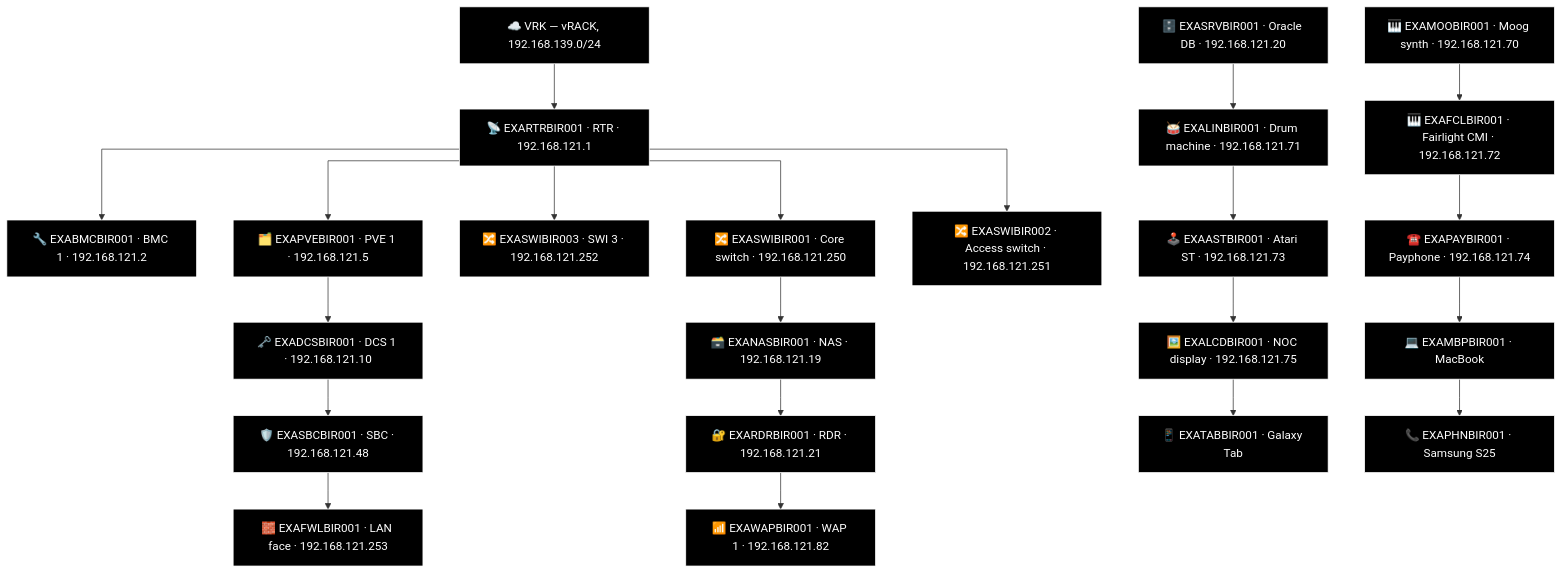
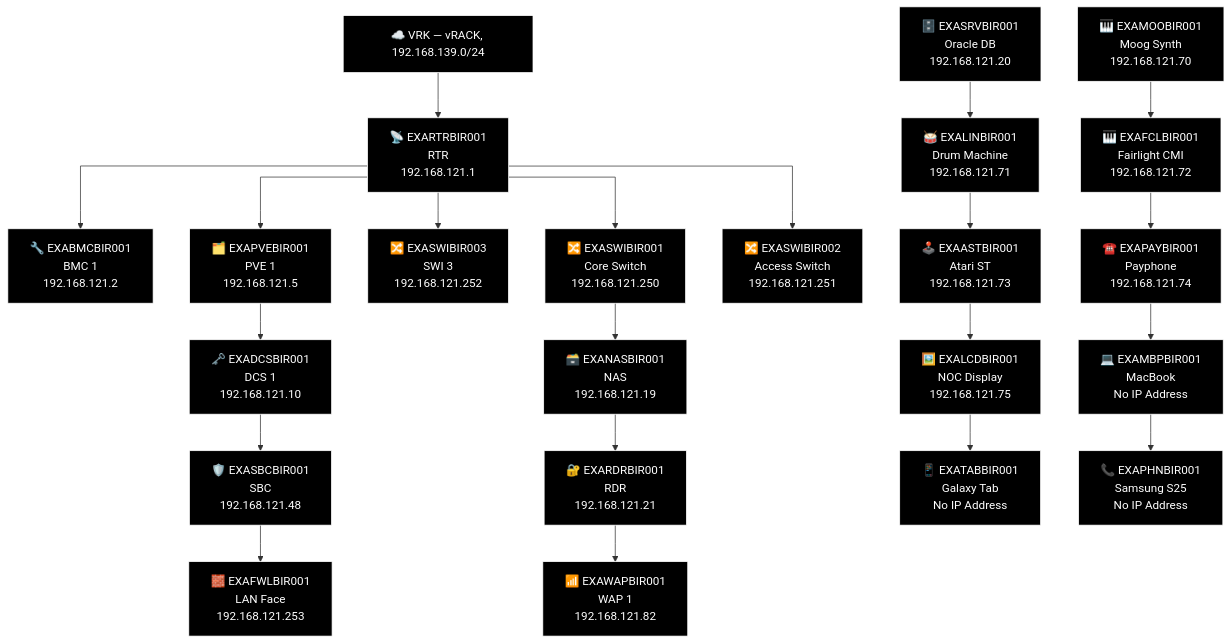
The fourth of 18 diagrams in docs/network-diagram/england.md (knightmare2600/example_music_infra), drawn with Mermaid before and after one commit. The commit also changed other lines of this file and 18 other files, not shown here.

````diff
--- a/docs/network-diagram/england.md
+++ b/docs/network-diagram/england.md
@@ -153,62 +153,62 @@
 ```mermaid
 %% GENERATED:TOPOLOGY:BIR:START
 %%{init: {'flowchart': {'curve': 'stepAfter'}}}%%
 graph TD
     T_VRK["☁️ VRK — vRACK, 192.168.139.0/24"]
-    T_RTR["📡 EXARTRBIR001 · RTR · 192.168.121.1"]
+    T_RTR["📡 EXARTRBIR001<br/>RTR<br/>192.168.121.1"]
     T_VRK --> T_RTR
-    T_BMC["🔧 EXABMCBIR001 · BMC 1 · 192.168.121.2"]
+    T_BMC["🔧 EXABMCBIR001<br/>BMC 1<br/>192.168.121.2"]
     T_RTR --> T_BMC
-    T_PVE["🗂️ EXAPVEBIR001 · PVE 1 · 192.168.121.5"]
+    T_PVE["🗂️ EXAPVEBIR001<br/>PVE 1<br/>192.168.121.5"]
     T_RTR --> T_PVE
-    T_SWI["🔀 EXASWIBIR003 · SWI 3 · 192.168.121.252"]
+    T_SWI["🔀 EXASWIBIR003<br/>SWI 3<br/>192.168.121.252"]
     T_RTR --> T_SWI
-    T_SWI2["🔀 EXASWIBIR001 · Core switch · 192.168.121.250"]
+    T_SWI2["🔀 EXASWIBIR001<br/>Core Switch<br/>192.168.121.250"]
     T_RTR --> T_SWI2
-    T_SWI3["🔀 EXASWIBIR002 · Access switch · 192.168.121.251"]
+    T_SWI3["🔀 EXASWIBIR002<br/>Access Switch<br/>192.168.121.251"]
     T_RTR --> T_SWI3
-    T_NAS["🗃️ EXANASBIR001 · NAS · 192.168.121.19"]
-    T_RDR["🔐 EXARDRBIR001 · RDR · 192.168.121.21"]
-    T_WAP["📶 EXAWAPBIR001 · WAP 1 · 192.168.121.82"]
+    T_NAS["🗃️ EXANASBIR001<br/>NAS<br/>192.168.121.19"]
+    T_RDR["🔐 EXARDRBIR001<br/>RDR<br/>192.168.121.21"]
+    T_WAP["📶 EXAWAPBIR001<br/>WAP 1<br/>192.168.121.82"]
     T_SWI2 --> T_NAS --> T_RDR --> T_WAP
-    T_DCS["🗝️ EXADCSBIR001 · DCS 1 · 192.168.121.10"]
-    T_SBC["🛡️ EXASBCBIR001 · SBC · 192.168.121.48"]
-    T_FWL["🧱 EXAFWLBIR001 · LAN face · 192.168.121.253"]
+    T_DCS["🗝️ EXADCSBIR001<br/>DCS 1<br/>192.168.121.10"]
+    T_SBC["🛡️ EXASBCBIR001<br/>SBC<br/>192.168.121.48"]
+    T_FWL["🧱 EXAFWLBIR001<br/>LAN Face<br/>192.168.121.253"]
     T_PVE --> T_DCS --> T_SBC --> T_FWL
-    T_SRV["🗄️ EXASRVBIR001 · Oracle DB · 192.168.121.20"]
-    T_MOO["🎹 EXAMOOBIR001 · Moog synth · 192.168.121.70"]
-    T_LIN["🥁 EXALINBIR001 · Drum machine · 192.168.121.71"]
-    T_FCL["🎹 EXAFCLBIR001 · Fairlight CMI · 192.168.121.72"]
-    T_AST["🕹️ EXAASTBIR001 · Atari ST · 192.168.121.73"]
-    T_PAY["☎️ EXAPAYBIR001 · Payphone · 192.168.121.74"]
-    T_LCD["🖼️ EXALCDBIR001 · NOC display · 192.168.121.75"]
-    T_MBP["💻 EXAMBPBIR001 · MacBook"]
-    T_TAB["📱 EXATABBIR001 · Galaxy Tab"]
-    T_PHN["📞 EXAPHNBIR001 · Samsung S25"]
+    T_SRV["🗄️ EXASRVBIR001<br/>Oracle DB<br/>192.168.121.20"]
+    T_MOO["🎹 EXAMOOBIR001<br/>Moog Synth<br/>192.168.121.70"]
+    T_LIN["🥁 EXALINBIR001<br/>Drum Machine<br/>192.168.121.71"]
+    T_FCL["🎹 EXAFCLBIR001<br/>Fairlight CMI<br/>192.168.121.72"]
+    T_AST["🕹️ EXAASTBIR001<br/>Atari ST<br/>192.168.121.73"]
+    T_PAY["☎️ EXAPAYBIR001<br/>Payphone<br/>192.168.121.74"]
+    T_LCD["🖼️ EXALCDBIR001<br/>NOC Display<br/>192.168.121.75"]
+    T_MBP["💻 EXAMBPBIR001<br/>MacBook<br/>No IP Address"]
+    T_TAB["📱 EXATABBIR001<br/>Galaxy Tab<br/>No IP Address"]
+    T_PHN["📞 EXAPHNBIR001<br/>Samsung S25<br/>No IP Address"]
     T_SRV --> T_LIN --> T_AST --> T_LCD --> T_TAB
     T_MOO --> T_FCL --> T_PAY --> T_MBP --> T_PHN
     style T_VRK fill:#000000,stroke:#FFFFFF,color:#FFFFFF
     style T_RTR fill:#000000,stroke:#FFFFFF,color:#FFFFFF
     style T_BMC fill:#000000,stroke:#FFFFFF,color:#FFFFFF
     style T_PVE fill:#000000,stroke:#FFFFFF,color:#FFFFFF
     style T_SWI fill:#000000,stroke:#FFFFFF,color:#FFFFFF
     style T_SWI2 fill:#000000,stroke:#FFFFFF,color:#FFFFFF
     style T_SWI3 fill:#000000,stroke:#FFFFFF,color:#FFFFFF
     style T_NAS fill:#000000,stroke:#FFFFFF,color:#FFFFFF
     style T_RDR fill:#000000,stroke:#FFFFFF,color:#FFFFFF
     style T_WAP fill:#000000,stroke:#FFFFFF,color:#FFFFFF
     style T_DCS fill:#000000,stroke:#FFFFFF,color:#FFFFFF
     style T_SBC fill:#000000,stroke:#FFFFFF,color:#FFFFFF
     style T_FWL fill:#000000,stroke:#FFFFFF,color:#FFFFFF
     style T_SRV fill:#000000,stroke:#FFFFFF,color:#FFFFFF
     style T_MOO fill:#000000,stroke:#FFFFFF,color:#FFFFFF
     style T_LIN fill:#000000,stroke:#FFFFFF,color:#FFFFFF
     style T_FCL fill:#000000,stroke:#FFFFFF,color:#FFFFFF
     style T_AST fill:#000000,stroke:#FFFFFF,color:#FFFFFF
     style T_PAY fill:#000000,stroke:#FFFFFF,color:#FFFFFF
     style T_LCD fill:#000000,stroke:#FFFFFF,color:#FFFFFF
     style T_MBP fill:#000000,stroke:#FFFFFF,color:#FFFFFF
     style T_TAB fill:#000000,stroke:#FFFFFF,color:#FFFFFF
     style T_PHN fill:#000000,stroke:#FFFFFF,color:#FFFFFF
 %% GENERATED:TOPOLOGY:BIR:END
 ```
````
